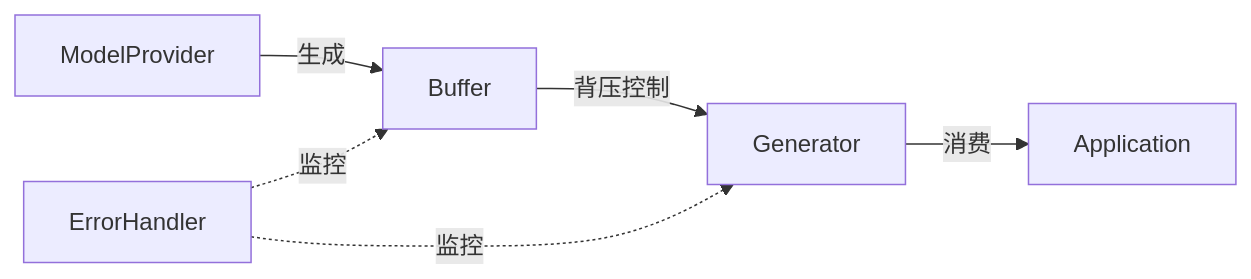
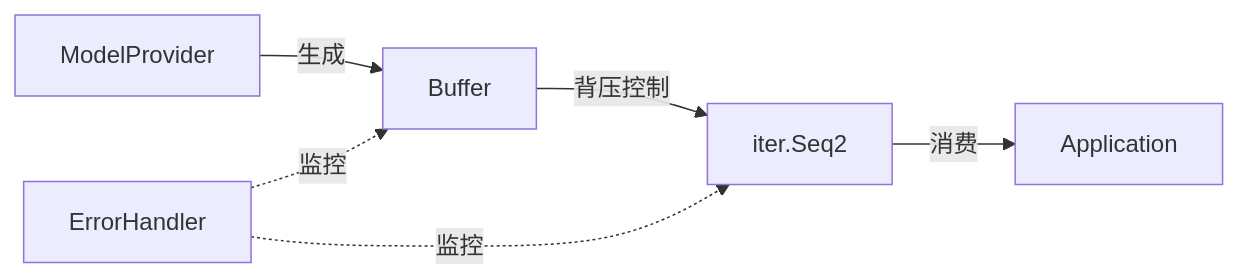
The diagram in docs/design-streaming-optimization.md (go-kratos/blades), drawn with Mermaid before and after one commit. The commit also changed other lines of this file and 14 other files, not shown here.

````diff
--- a/docs/design-streaming-optimization.md
+++ b/docs/design-streaming-optimization.md
@@ -45,8 +45,8 @@
 ```mermaid
 graph LR
     A[ModelProvider] -->|生成| B[Buffer]
-    B -->|背压控制| C[Generator]
+    B -->|背压控制| C[iter.Seq2]
     C -->|消费| D[Application]
     E[ErrorHandler] -.监控.-> B
     E -.监控.-> C
 ```
````
